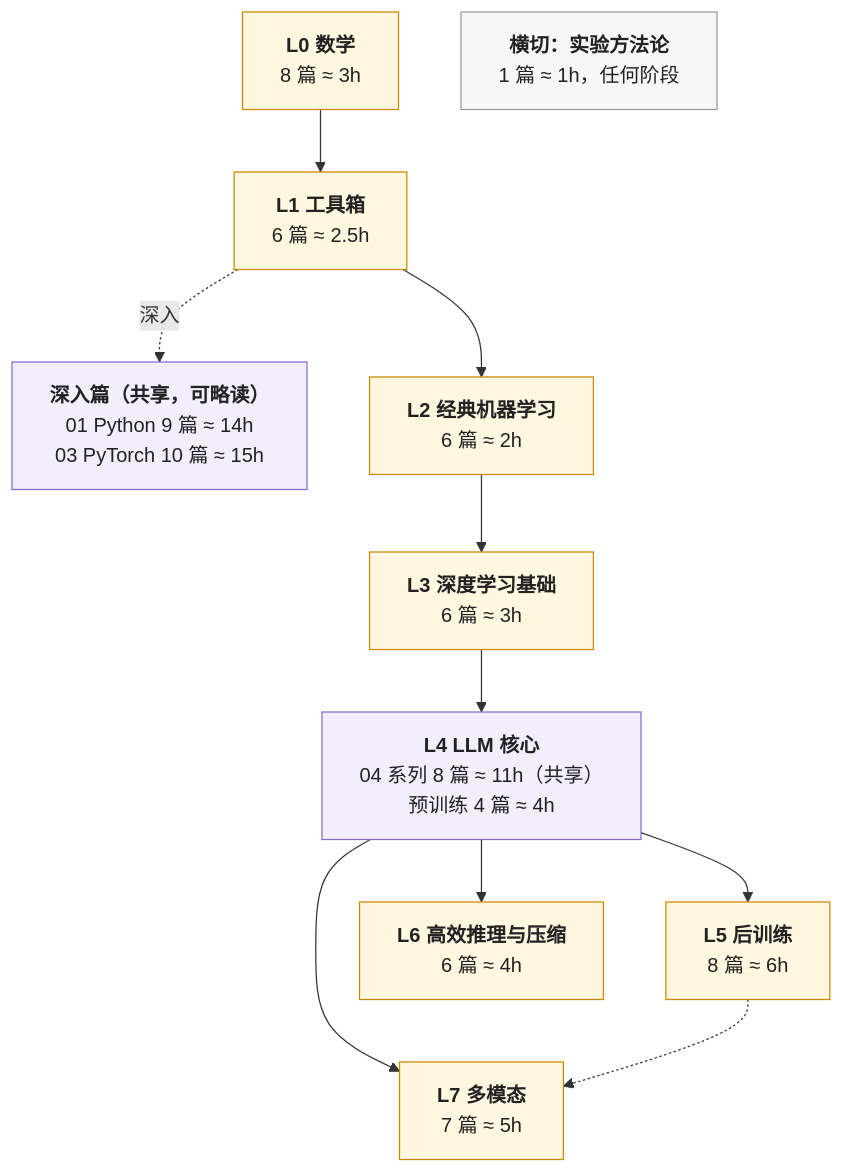
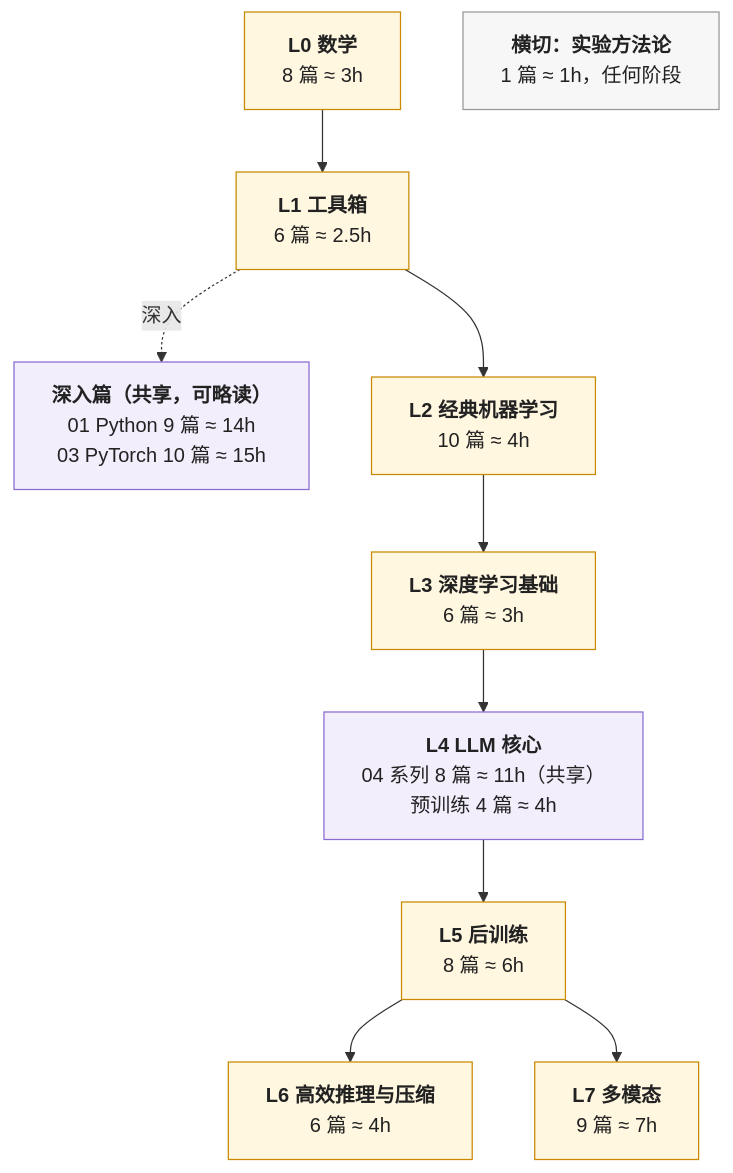
Before and after one commit to arganzheng/arganzheng.github.com: the second of 2 diagrams in _posts/2026-01-02-ai-algorithm-engineer-learning-roadmap.md, drawn with Mermaid. The commit also changed other lines of this file and 3 other files, not shown here.

First line of the commit message:
四张地图：按外部评审修跨图边界（MAP01–06）

````diff
--- a/_posts/2026-01-02-ai-algorithm-engineer-learning-roadmap.md
+++ b/_posts/2026-01-02-ai-algorithm-engineer-learning-roadmap.md
@@ -86,38 +86,37 @@
 ```mermaid
 %%{init: {"flowchart": {"wrappingWidth": 260}}}%%
 flowchart TB
     L0["`**L0 数学**
 8 篇 ≈ 3h`"]
     L1["`**L1 工具箱**
 6 篇 ≈ 2.5h`"]
     D["`**深入篇（共享，可略读）**
 01 Python 9 篇 ≈ 14h
 03 PyTorch 10 篇 ≈ 15h`"]
     L2["`**L2 经典机器学习**
-6 篇 ≈ 2h`"]
+10 篇 ≈ 4h`"]
     L3["`**L3 深度学习基础**
 6 篇 ≈ 3h`"]
     L4["`**L4 LLM 核心**
 04 系列 8 篇 ≈ 11h（共享）
 预训练 4 篇 ≈ 4h`"]
     L5["`**L5 后训练**
 8 篇 ≈ 6h`"]
     L6["`**L6 高效推理与压缩**
 6 篇 ≈ 4h`"]
     L7["`**L7 多模态**
-7 篇 ≈ 5h`"]
+9 篇 ≈ 7h`"]
     X["`**横切：实验方法论**
 1 篇 ≈ 1h，任何阶段`"]
     L0 --> L1 --> L2 --> L3 --> L4 --> L5
     L1 -. 深入 .-> D
-    L4 --> L6
-    L4 --> L7
-    L5 -.-> L7
+    L5 --> L6
+    L5 --> L7
 
     classDef algo fill:#fff7e0,stroke:#c98a00,stroke-width:1px,color:#222
     classDef shared fill:#f3eefc,stroke:#8a6bd1,stroke-width:1px,color:#222
     classDef cross fill:#f7f7f7,stroke:#999,stroke-width:1px,color:#222
     class L0,L1,L2,L3,L5,L6,L7 algo
     class D,L4 shared
     class X cross
 ```
````
